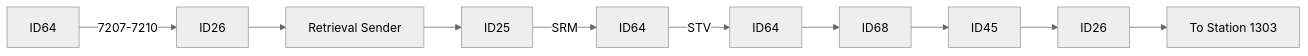
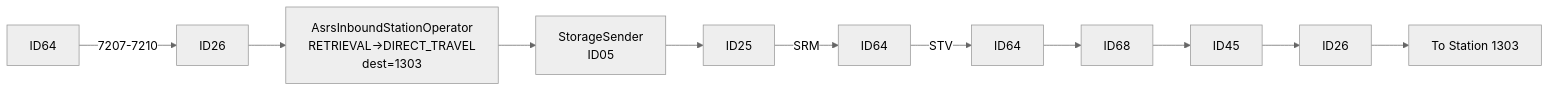
Before and after one commit to luthfiadityaa/SimeDarby-Wiki: the third of 17 diagrams in Basic-Design/DFD-WMS/QC-Setting/Retrieval-for-QC-Start.md, drawn with Mermaid (neutral theme). The commit also changed other lines of this file, not shown here.

```diff
--- a/Basic-Design/DFD-WMS/QC-Setting/Retrieval-for-QC-Start.md
+++ b/Basic-Design/DFD-WMS/QC-Setting/Retrieval-for-QC-Start.md
@@ -14,6 +25,9 @@
 ::: mermaid
 flowchart LR
 
-P5[ID64]--> |7207-7210| P8[ID26]-->P9[Retrieval Sender]-->P10[ID25]--> |SRM| P11[ID64]--> |STV| P12[ID64]--> P7[ID68]
-P7[ID68]-->P71[ID45]-->P81[ID26]-->P13[To Station 1303]
+P5[ID64]--> |7207-7210| P8[ID26]-->P9[AsrsInboundStationOperator
+RETRIEVAL→DIRECT_TRAVEL
+dest=1303]-->P10[StorageSender
+ID05]-->P11[ID25]--> |SRM| P12[ID64]--> |STV| P13[ID64]--> P7[ID68]
+P7[ID68]-->P71[ID45]-->P81[ID26]-->P14[To Station 1303]
 :::
```
